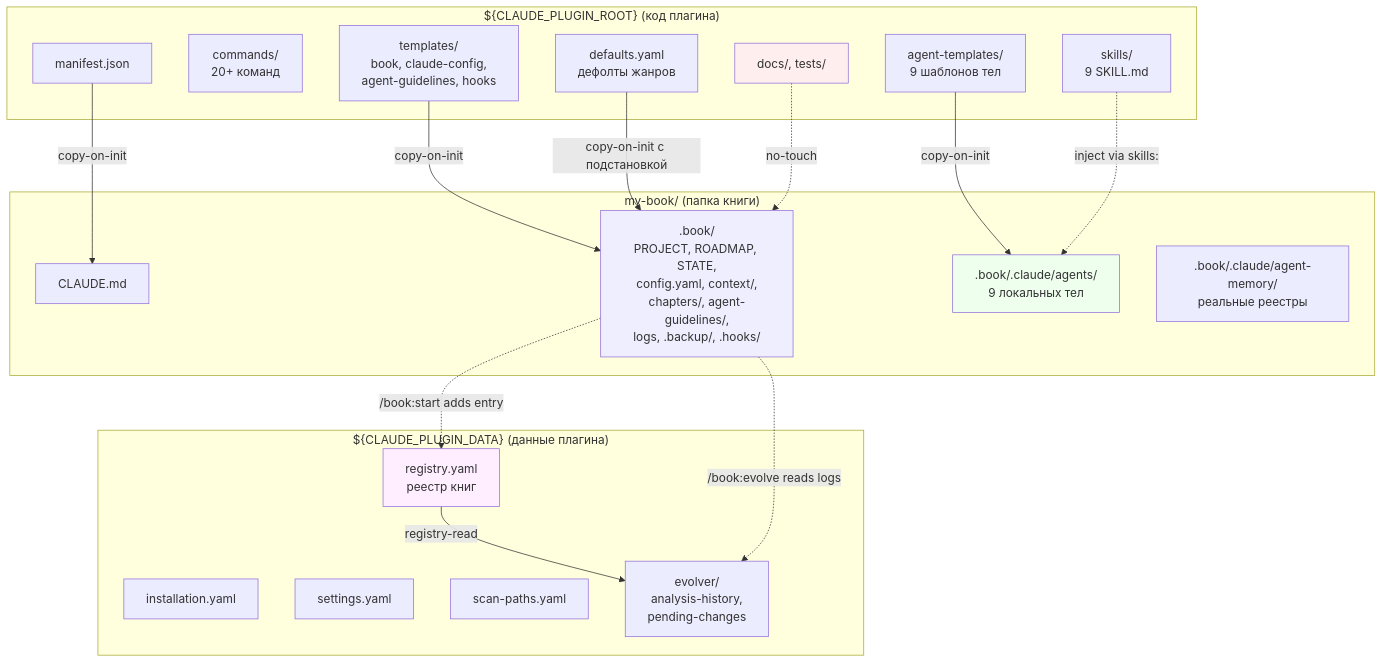
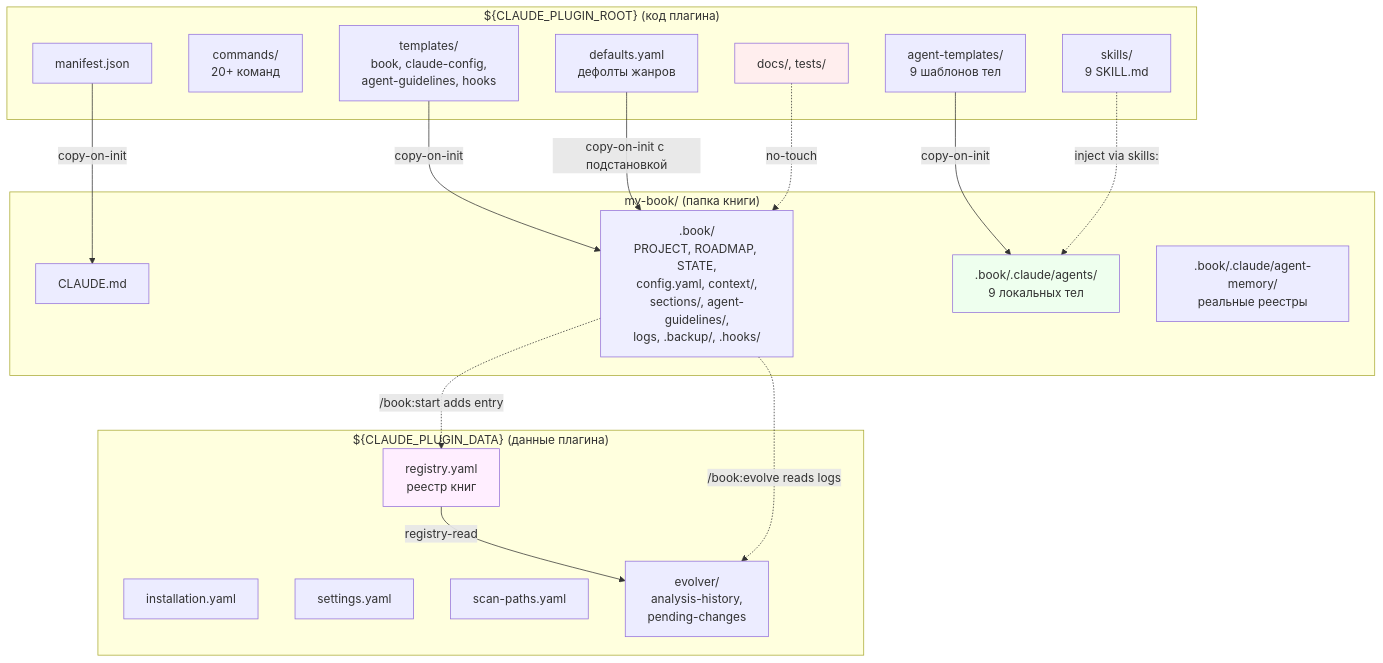
The diagram in docs/architecture.md (vefmvai/bookbench), drawn with Mermaid before and after one commit. The commit also changed other lines of this file and 181 other files, not shown here.

````diff
--- a/docs/architecture.md
+++ b/docs/architecture.md
@@ -177,43 +177,43 @@
 ```mermaid
 graph TB
     subgraph "${CLAUDE_PLUGIN_ROOT} (код плагина)"
         M[manifest.json]
         C[commands/<br/>20+ команд]
         AT[agent-templates/<br/>9 шаблонов тел]
         S[skills/<br/>9 SKILL.md]
         D[defaults.yaml<br/>дефолты жанров]
         T[templates/<br/>book, claude-config,<br/>agent-guidelines, hooks]
         DOC[docs/, tests/]
     end
 
     subgraph "${CLAUDE_PLUGIN_DATA} (данные плагина)"
         I[installation.yaml]
         SET[settings.yaml]
         REG[registry.yaml<br/>реестр книг]
         SCAN[scan-paths.yaml]
         EV[evolver/<br/>analysis-history,<br/>pending-changes]
     end
 
     subgraph "my-book/ (папка книги)"
         CL[CLAUDE.md]
-        BK[.book/<br/>PROJECT, ROADMAP, STATE,<br/>config.yaml, context/,<br/>chapters/, agent-guidelines/,<br/>logs, .backup/, .hooks/]
+        BK[.book/<br/>PROJECT, ROADMAP, STATE,<br/>config.yaml, context/,<br/>sections/, agent-guidelines/,<br/>logs, .backup/, .hooks/]
         AL[.book/.claude/agents/<br/>9 локальных тел]
         AM[.book/.claude/agent-memory/<br/>реальные реестры]
     end
 
     M -->|copy-on-init| CL
     AT -->|copy-on-init| AL
     T -->|copy-on-init| BK
     D -->|copy-on-init с подстановкой| BK
     S -.->|inject via skills:| AL
     DOC -.->|no-touch| BK
 
     REG -->|registry-read| EV
     BK -.->|/book:start adds entry| REG
     BK -.->|/book:evolve reads logs| EV
 
     style DOC fill:#fee
     style BK fill:#eef
     style AL fill:#efe
     style REG fill:#fef
 ```
````
